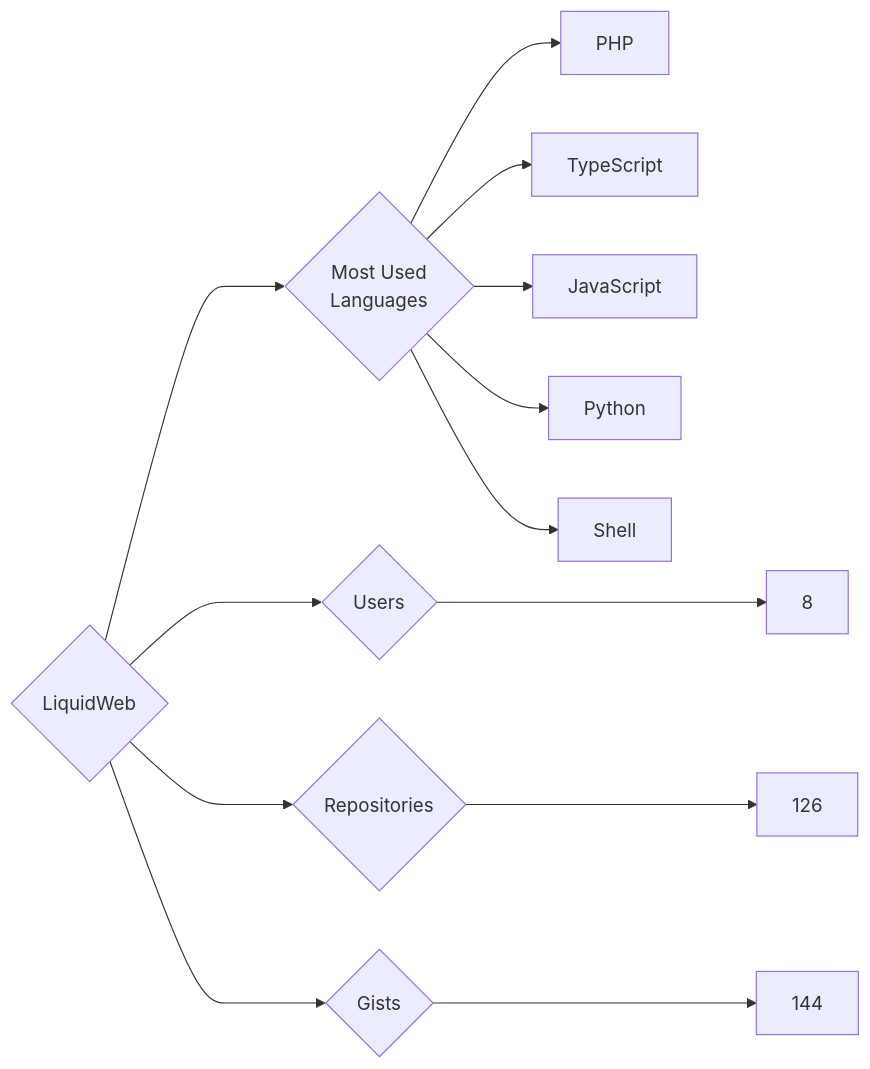
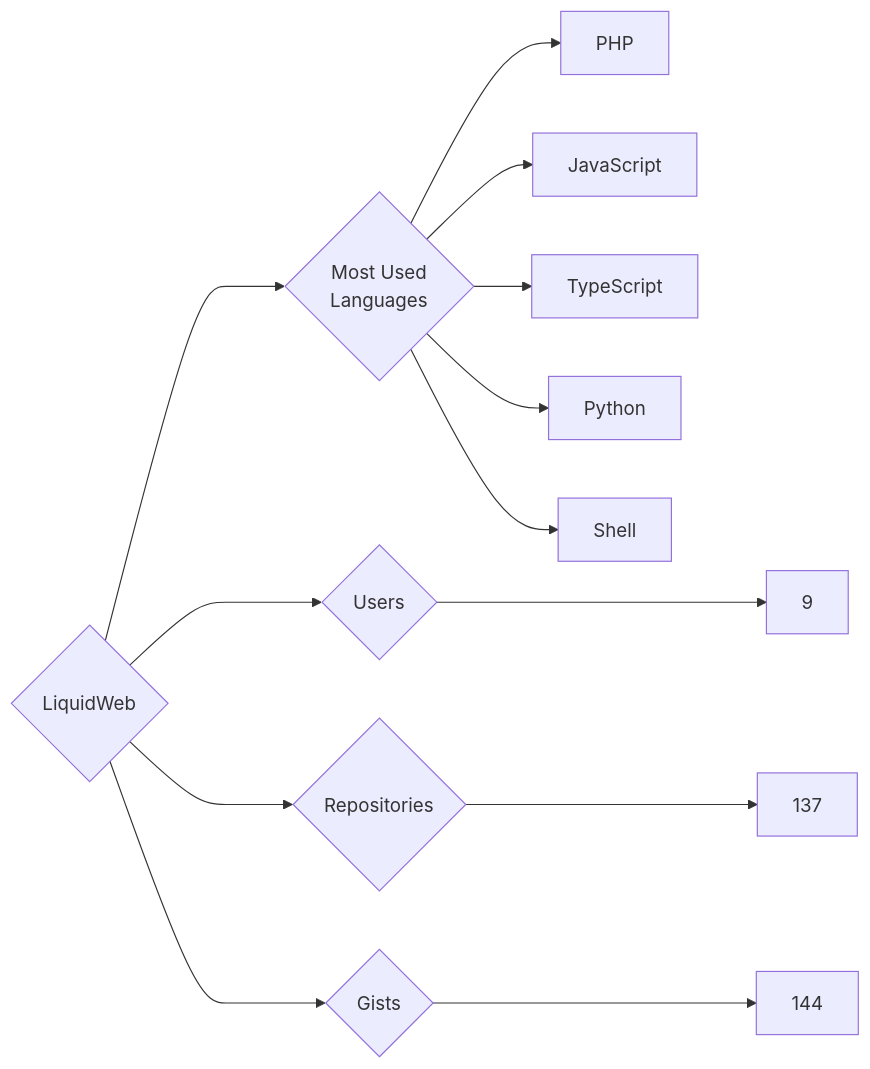
Before and after one commit to trickest/insiders: the diagram in targets/LiquidWeb/README.md, drawn with Mermaid. The commit also changed 1484 other files, not shown here.

````diff
--- a/targets/LiquidWeb/README.md
+++ b/targets/LiquidWeb/README.md
@@ -3,13 +3,13 @@
 ```mermaid
 graph LR
 COMPANY_NAME{LiquidWeb}
-COMPANY_NAME ---> U{Users} ---> UN[8]
-COMPANY_NAME ---> R{Repositories} ---> RN[126]
+COMPANY_NAME ---> U{Users} ---> UN[9]
+COMPANY_NAME ---> R{Repositories} ---> RN[137]
 COMPANY_NAME ---> G{Gists} ---> GN[144]
 COMPANY_NAME ---> ML{Most Used<br>Languages}
 ML --> PHP[PHP]
+ML --> JavaScript[JavaScript]
 ML --> TypeScript[TypeScript]
-ML --> JavaScript[JavaScript]
 ML --> Python[Python]
 ML --> Shell[Shell]
 ```
````
